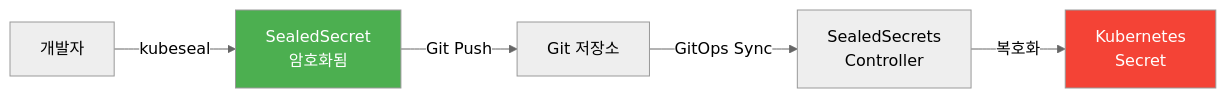
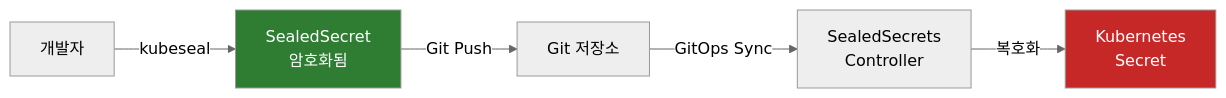
Before and after one commit to sskim91/TIL: the fourth of 5 diagrams in kubernetes/Kubernetes-ConfigMap-Secret.md, drawn with Mermaid (neutral theme). The commit also changed other lines of this file and 39 other files, not shown here.

````diff
--- a/kubernetes/Kubernetes-ConfigMap-Secret.md
+++ b/kubernetes/Kubernetes-ConfigMap-Secret.md
@@ -991,10 +685,10 @@
 ```mermaid
 flowchart LR
     DEV[개발자] -->|"kubeseal"| SEALED[SealedSecret<br>암호화됨]
     SEALED -->|"Git Push"| GIT[Git 저장소]
     GIT -->|"GitOps Sync"| CTRL[SealedSecrets<br>Controller]
     CTRL -->|"복호화"| SEC[Kubernetes<br>Secret]
 
-    style SEALED fill:#4CAF50,color:#fff
-    style SEC fill:#f44336,color:#fff
+    style SEALED fill:#2E7D32,color:#fff
+    style SEC fill:#C62828,color:#fff
 ```
````
